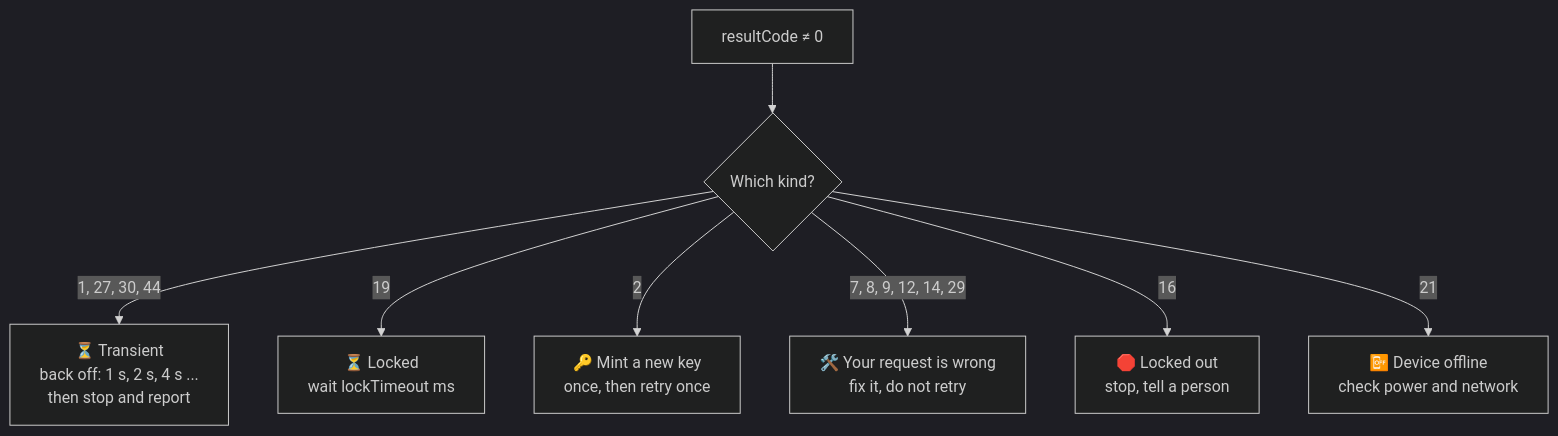
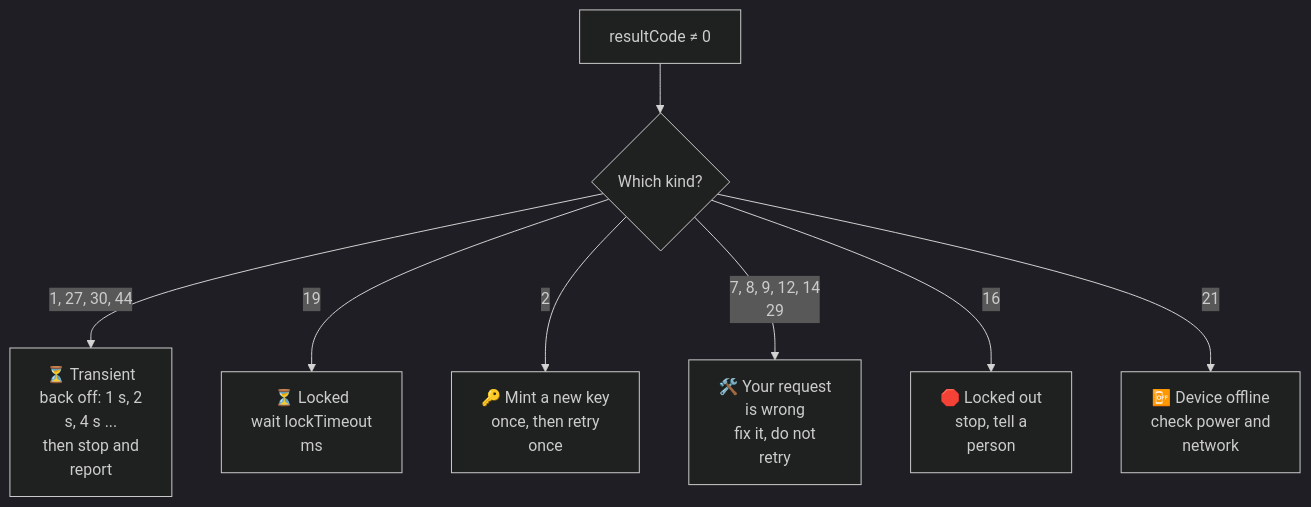
The diagram in platform_apis/result_codes.md (CareDailyAI/docs), drawn with Mermaid (dark theme) before and after one commit. The commit also changed 30 other files, not shown here.

First line of the commit message:
Diagrams: wrap every flowchart label to short rows so Chrome stops clipping them

````diff
--- a/platform_apis/result_codes.md
+++ b/platform_apis/result_codes.md
@@ -45,10 +45,10 @@
 ```mermaid
 flowchart TD
     A["resultCode ≠ 0"] --> B{"Which kind?"}
-    B -->|"1, 27, 30, 44"| C["⏳ Transient<br/>back off: 1 s, 2 s, 4 s ...<br/>then stop and report"]
-    B -->|"19"| D["⏳ Locked<br/>wait lockTimeout ms"]
-    B -->|"2"| E["🔑 Mint a new key<br/>once, then retry once"]
-    B -->|"7, 8, 9, 12, 14, 29"| F["🛠️ Your request is wrong<br/>fix it, do not retry"]
-    B -->|"16"| G["🛑 Locked out<br/>stop, tell a person"]
-    B -->|"21"| H["📴 Device offline<br/>check power and network"]
+    B -->|"1, 27, 30, 44"| C["⏳ Transient<br/>back off: 1 s, 2<br/>s, 4 s ...<br/>then stop and<br/>report"]
+    B -->|"19"| D["⏳ Locked<br/>wait lockTimeout<br/>ms"]
+    B -->|"2"| E["🔑 Mint a new key<br/>once, then retry<br/>once"]
+    B -->|"7, 8, 9, 12, 14<br/>29"| F["🛠️ Your request<br/>is wrong<br/>fix it, do not<br/>retry"]
+    B -->|"16"| G["🛑 Locked out<br/>stop, tell a<br/>person"]
+    B -->|"21"| H["📴 Device offline<br/>check power and<br/>network"]
 ```
````
